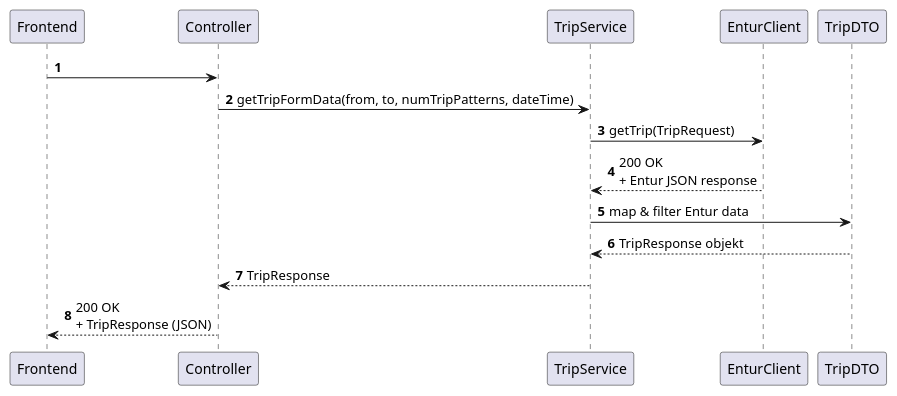
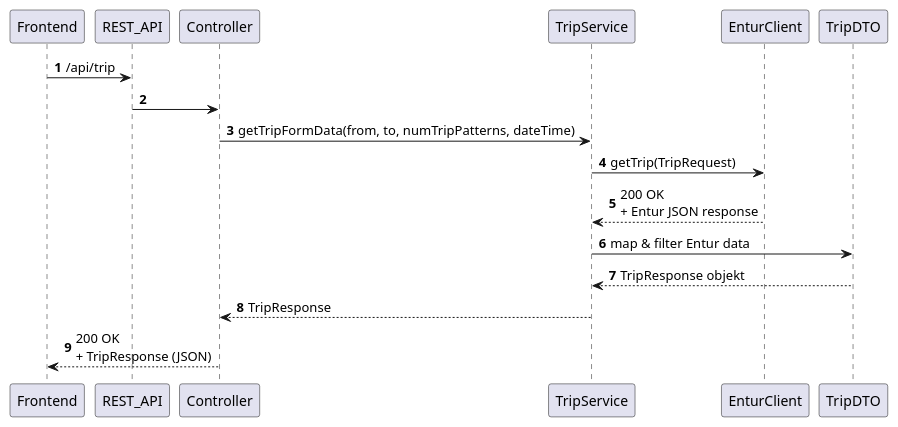
The diagram in backend/src/modellering/TripSequence.puml (nafisaaay/SET-group-7), drawn with PlantUML before and after one commit.

Commit message:
fix: oppdatert tripSequence diagrammet

```diff
--- a/backend/src/modellering/TripSequence.puml
+++ b/backend/src/modellering/TripSequence.puml
@@ -1,18 +1,19 @@
 @startuml
 'https://plantuml.com/sequence-diagram
 
 autonumber
 
 
 
-Frontend  -> Controller
+Frontend  -> REST_API: /api/trip
+REST_API -> Controller
 Controller -> TripService: getTripFormData(from, to, numTripPatterns, dateTime)
 TripService -> EnturClient: getTrip(TripRequest)
 EnturClient --> TripService: 200 OK\n+ Entur JSON response
 TripService -> TripDTO: map & filter Entur data
 TripDTO --> TripService: TripResponse objekt
 TripService --> Controller: TripResponse
 Controller --> Frontend: 200 OK\n+ TripResponse (JSON)
 
 
 @enduml
```
